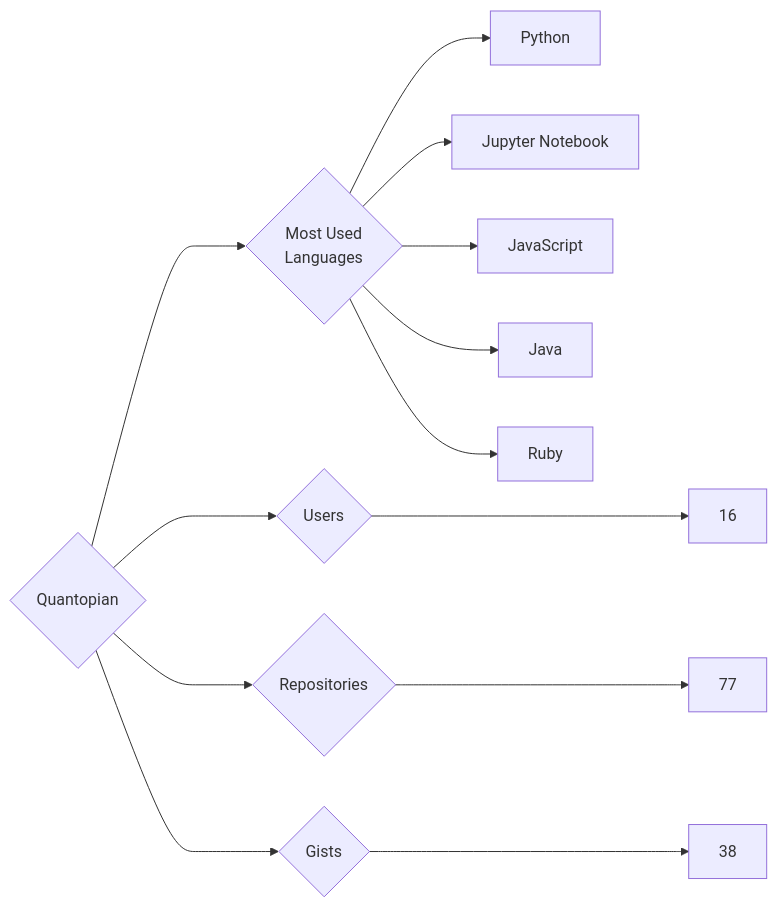
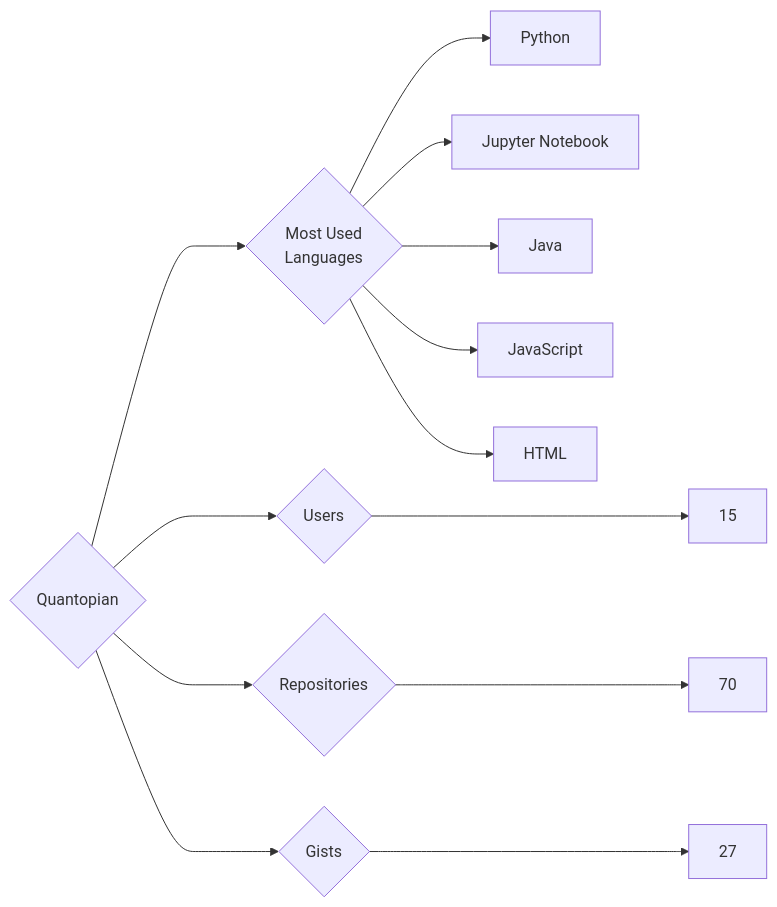
The diagram in targets/Quantopian/README.md (trickest/insiders), drawn with Mermaid before and after one commit. The commit also changed 1508 other files, not shown here.

````diff
--- a/targets/Quantopian/README.md
+++ b/targets/Quantopian/README.md
@@ -3,13 +3,13 @@
 ```mermaid
 graph LR
 COMPANY_NAME{Quantopian}
-COMPANY_NAME ---> U{Users} ---> UN[16]
-COMPANY_NAME ---> R{Repositories} ---> RN[77]
-COMPANY_NAME ---> G{Gists} ---> GN[38]
+COMPANY_NAME ---> U{Users} ---> UN[15]
+COMPANY_NAME ---> R{Repositories} ---> RN[70]
+COMPANY_NAME ---> G{Gists} ---> GN[27]
 COMPANY_NAME ---> ML{Most Used<br>Languages}
 ML --> Python[Python]
 ML --> Jupyter_Notebook[Jupyter Notebook]
+ML --> Java[Java]
 ML --> JavaScript[JavaScript]
-ML --> Java[Java]
-ML --> Ruby[Ruby]
+ML --> HTML[HTML]
 ```
````
